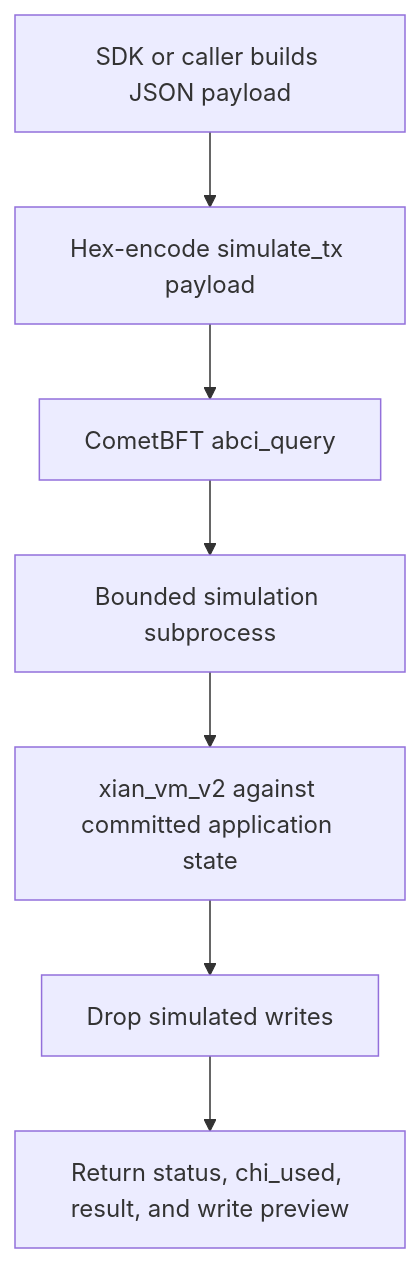
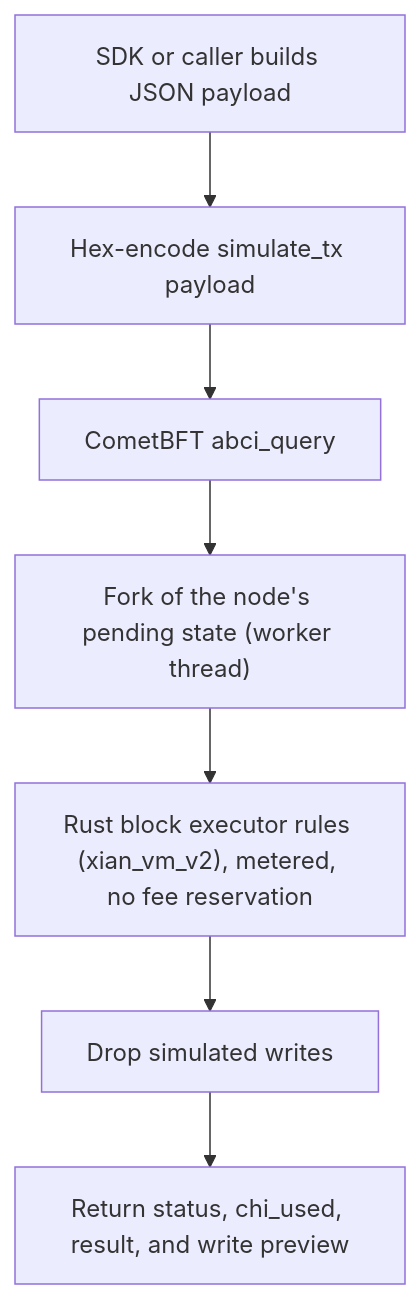
Before and after one commit to xian-technology/xian-docs-web: the diagram in api/dry-runs.md, drawn with Mermaid. The commit also changed other lines of this file, not shown here.

First line of the commit message:
docs(api): dry runs run in-process with the block's Rust rules

````diff
--- a/api/dry-runs.md
+++ b/api/dry-runs.md
@@ -27,17 +30,17 @@
 ```mermaid
 flowchart TD
   SDK["SDK or caller builds JSON payload"]
   Encode["Hex-encode simulate_tx payload"]
   Query["CometBFT abci_query"]
-  Worker["Bounded simulation subprocess"]
-  Runtime["xian_vm_v2 against committed application state"]
+  Worker["Fork of the node's pending state (worker thread)"]
+  Runtime["Rust block executor rules (xian_vm_v2), metered, no fee reservation"]
   Drop["Drop simulated writes"]
   Result["Return status, chi_used, result, and write preview"]
 
   SDK --> Encode
   Encode --> Query
   Query --> Worker
   Worker --> Runtime
   Runtime --> Drop
   Drop --> Result
 ```
````
